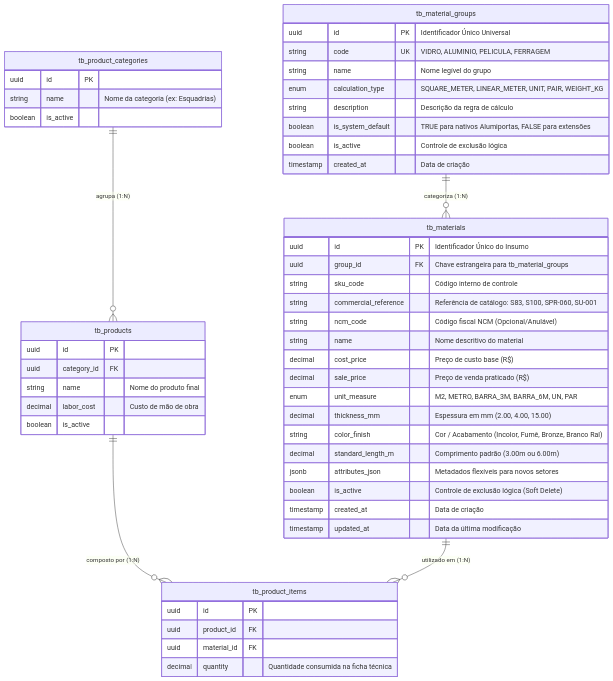
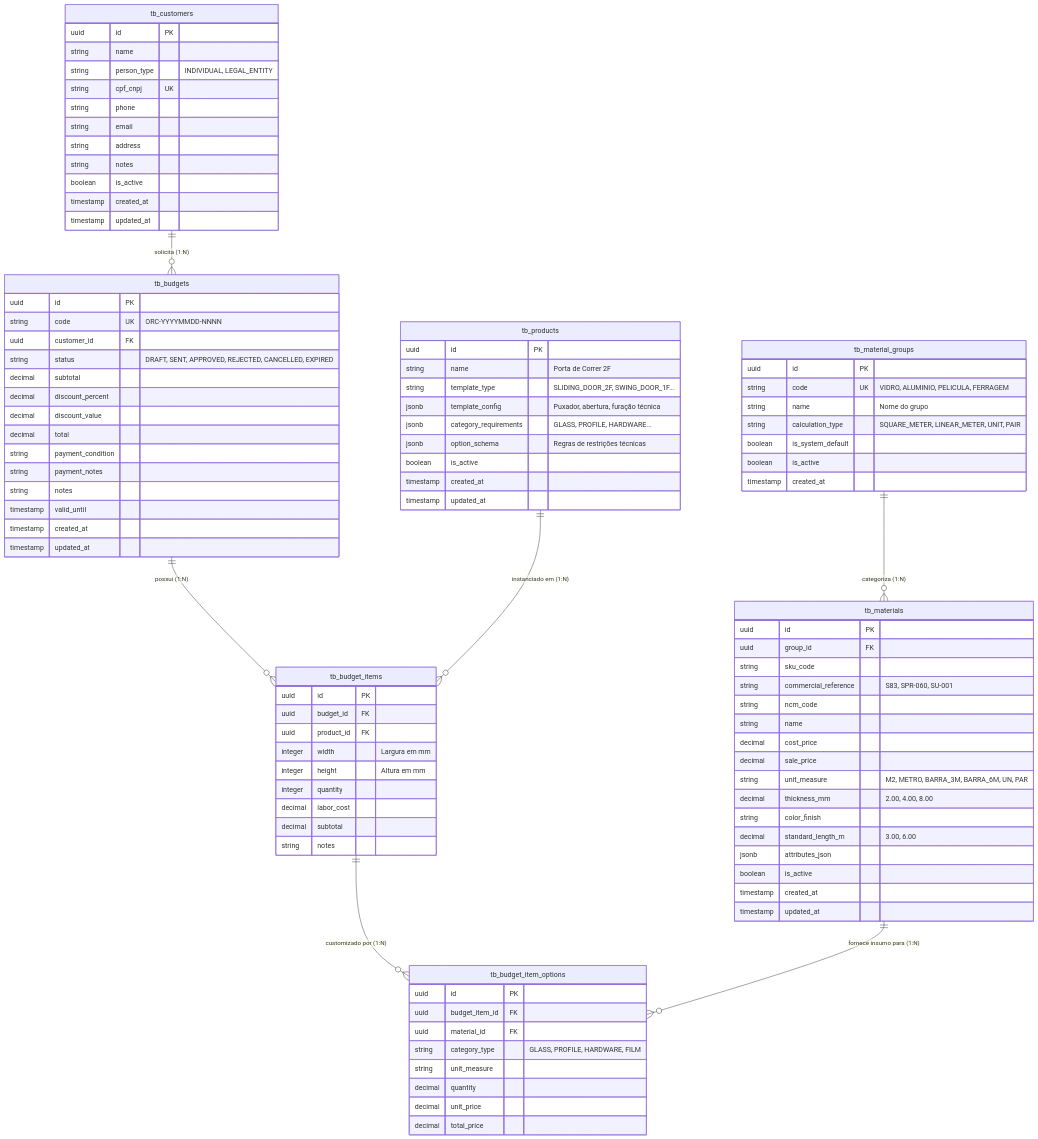
The diagram in docs/sistema/001-analise-projeto/DER-Catalogo_Materiais.md (ADS-IFPB-SR/alumigest), drawn with Mermaid before and after one commit. The commit also changed other lines of this file and 3 other files, not shown here.

````diff
--- a/docs/sistema/001-analise-projeto/DER-Catalogo_Materiais.md
+++ b/docs/sistema/001-analise-projeto/DER-Catalogo_Materiais.md
@@ -27,58 +32,105 @@
 ```mermaid
 erDiagram
     tb_material_groups ||--o{ tb_materials : "categoriza (1:N)"
-    tb_product_categories ||--o{ tb_products : "agrupa (1:N)"
-    tb_products ||--o{ tb_product_items : "composto por (1:N)"
-    tb_materials ||--o{ tb_product_items : "utilizado em (1:N)"
     
+    tb_customers ||--o{ tb_budgets : "solicita (1:N)"
+    tb_budgets ||--o{ tb_budget_items : "possui (1:N)"
+    tb_products ||--o{ tb_budget_items : "instanciado em (1:N)"
+    tb_budget_items ||--o{ tb_budget_item_options : "customizado por (1:N)"
+    tb_materials ||--o{ tb_budget_item_options : "fornece insumo para (1:N)"
+
     tb_material_groups {
-        uuid id PK "Identificador Único Universal"
+        uuid id PK
         string code UK "VIDRO, ALUMINIO, PELICULA, FERRAGEM"
-        string name "Nome legível do grupo"
-        enum calculation_type "SQUARE_METER, LINEAR_METER, UNIT, PAIR, WEIGHT_KG"
-        string description "Descrição da regra de cálculo"
-        boolean is_system_default "TRUE para nativos Alumiportas, FALSE para extensões"
-        boolean is_active "Controle de exclusão lógica"
-        timestamp created_at "Data de criação"
+        string name "Nome do grupo"
+        string calculation_type "SQUARE_METER, LINEAR_METER, UNIT, PAIR"
+        boolean is_system_default
+        boolean is_active
+        timestamp created_at
     }
 
     tb_materials {
-        uuid id PK "Identificador Único do Insumo"
-        uuid group_id FK "Chave estrangeira para tb_material_groups"
-        string sku_code "Código interno de controle"
-        string commercial_reference "Referência de catálogo: S83, S100, SPR-060, SU-001"
-        string ncm_code "Código fiscal NCM (Opcional/Anulável)"
-        string name "Nome descritivo do material"
-        decimal cost_price "Preço de custo base (R$)"
-        decimal sale_price "Preço de venda praticado (R$)"
-        enum unit_measure "M2, METRO, BARRA_3M, BARRA_6M, UN, PAR"
-        decimal thickness_mm "Espessura em mm (2.00, 4.00, 15.00)"
-        string color_finish "Cor / Acabamento (Incolor, Fumê, Bronze, Branco Ral)"
-        decimal standard_length_m "Comprimento padrão (3.00m ou 6.00m)"
-        jsonb attributes_json "Metadados flexíveis para novos setores"
-        boolean is_active "Controle de exclusão lógica (Soft Delete)"
-        timestamp created_at "Data de criação"
-        timestamp updated_at "Data da última modificação"
-    }
-
-    tb_product_categories {
         uuid id PK
-        string name "Nome da categoria (ex: Esquadrias)"
+        uuid group_id FK
+        string sku_code
+        string commercial_reference "S83, SPR-060, SU-001"
+        string ncm_code
+        string name
+        decimal cost_price
+        decimal sale_price
+        string unit_measure "M2, METRO, BARRA_3M, BARRA_6M, UN, PAR"
+        decimal thickness_mm "2.00, 4.00, 8.00"
+        string color_finish
+        decimal standard_length_m "3.00, 6.00"
+        jsonb attributes_json
         boolean is_active
+        timestamp created_at
+        timestamp updated_at
     }
 
     tb_products {
         uuid id PK
-        uuid category_id FK
-        string name "Nome do produto final"
-        decimal labor_cost "Custo de mão de obra"
+        string name "Porta de Correr 2F"
+        string template_type "SLIDING_DOOR_2F, SWING_DOOR_1F..."
+        jsonb template_config "Puxador, abertura, furação técnica"
+        jsonb category_requirements "GLASS, PROFILE, HARDWARE..."
+        jsonb option_schema "Regras de restrições técnicas"
         boolean is_active
+        timestamp created_at
+        timestamp updated_at
     }
 
-    tb_product_items {
+    tb_customers {
         uuid id PK
+        string name
+        string person_type "INDIVIDUAL, LEGAL_ENTITY"
+        string cpf_cnpj UK
+        string phone
+        string email
+        string address
+        string notes
+        boolean is_active
+        timestamp created_at
+        timestamp updated_at
+    }
+
+    tb_budgets {
+        uuid id PK
+        string code UK "ORC-YYYYMMDD-NNNN"
+        uuid customer_id FK
+        string status "DRAFT, SENT, APPROVED, REJECTED, CANCELLED, EXPIRED"
+        decimal subtotal
+        decimal discount_percent
+        decimal discount_value
+        decimal total
+        string payment_condition
+        string payment_notes
+        string notes
+        timestamp valid_until
+        timestamp created_at
+        timestamp updated_at
+    }
+
+    tb_budget_items {
+        uuid id PK
+        uuid budget_id FK
         uuid product_id FK
+        integer width "Largura em mm"
+        integer height "Altura em mm"
+        integer quantity
+        decimal labor_cost
+        decimal subtotal
+        string notes
+    }
+
+    tb_budget_item_options {
+        uuid id PK
+        uuid budget_item_id FK
         uuid material_id FK
-        decimal quantity "Quantidade consumida na ficha técnica"
+        string category_type "GLASS, PROFILE, HARDWARE, FILM"
+        string unit_measure
+        decimal quantity
+        decimal unit_price
+        decimal total_price
     }
 ```
````
